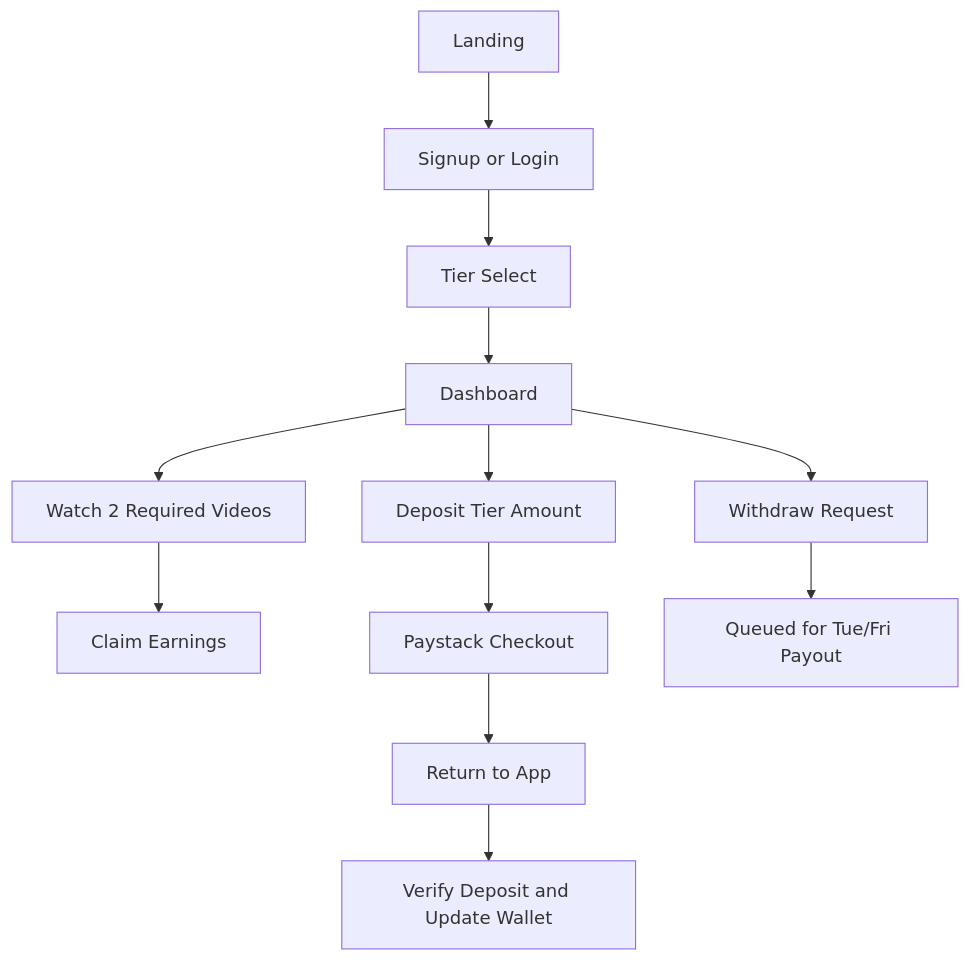
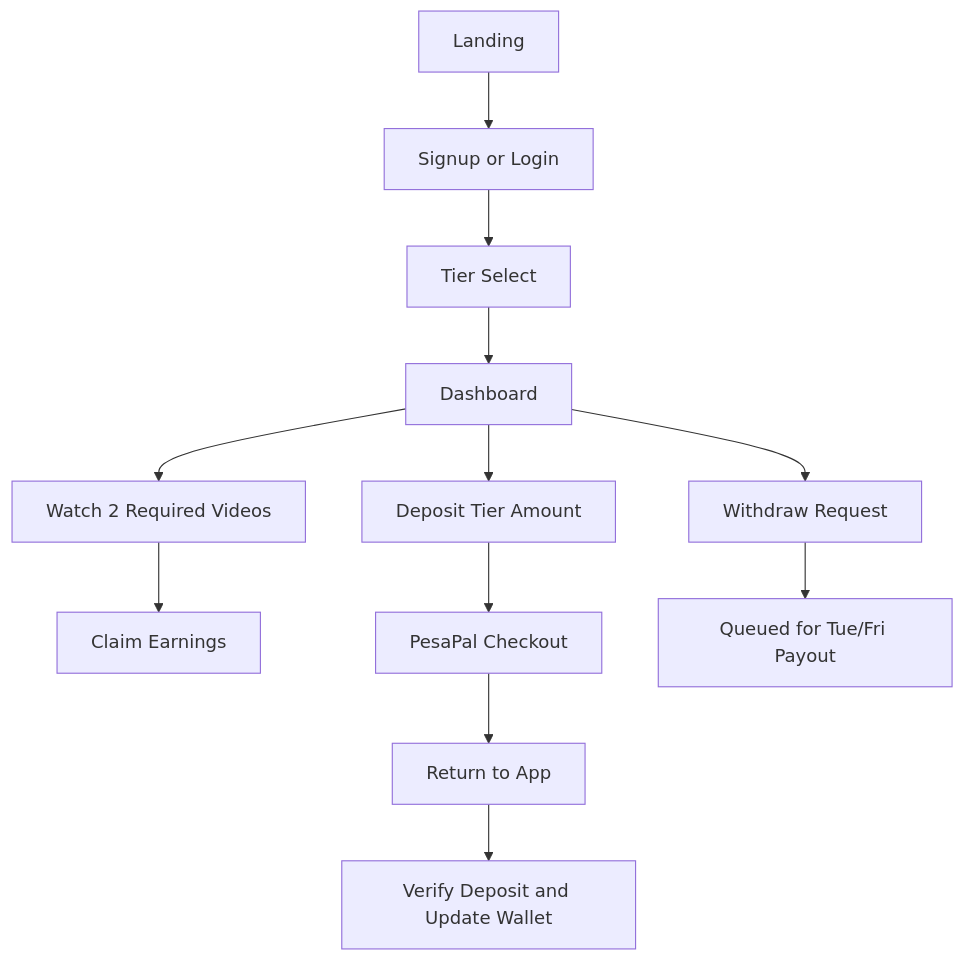
The second of 8 diagrams in EDDISON_FLOW.md (creativekeagency254-collab/scm-main), drawn with Mermaid before and after one commit. The commit also changed other lines of this file and 9 other files, not shown here.

````diff
--- a/EDDISON_FLOW.md
+++ b/EDDISON_FLOW.md
@@ -49,14 +49,14 @@
 ```mermaid
 flowchart TD
   A[Landing] --> B[Signup or Login]
   B --> C[Tier Select]
   C --> D[Dashboard]
   D --> E[Watch 2 Required Videos]
   E --> F[Claim Earnings]
   D --> G[Deposit Tier Amount]
-  G --> H[Paystack Checkout]
+  G --> H[PesaPal Checkout]
   H --> I[Return to App]
   I --> J[Verify Deposit and Update Wallet]
   D --> K[Withdraw Request]
   K --> L[Queued for Tue/Fri Payout]
 ```
````
